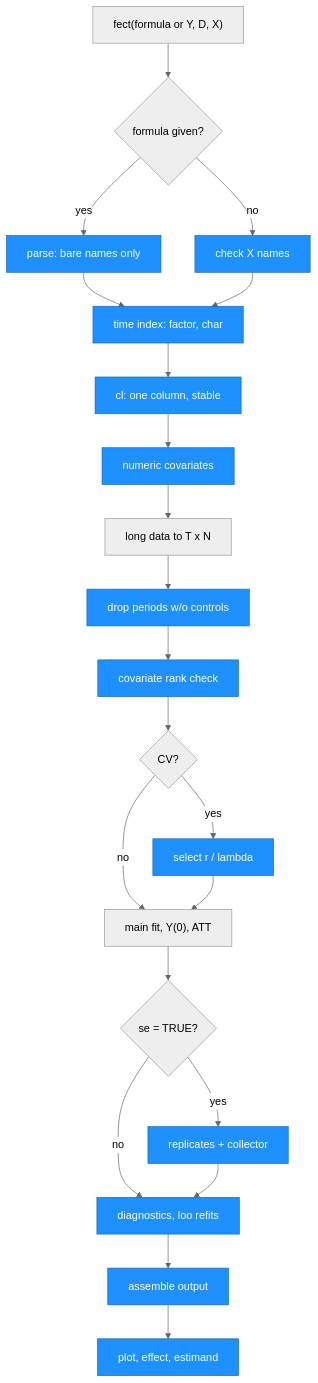
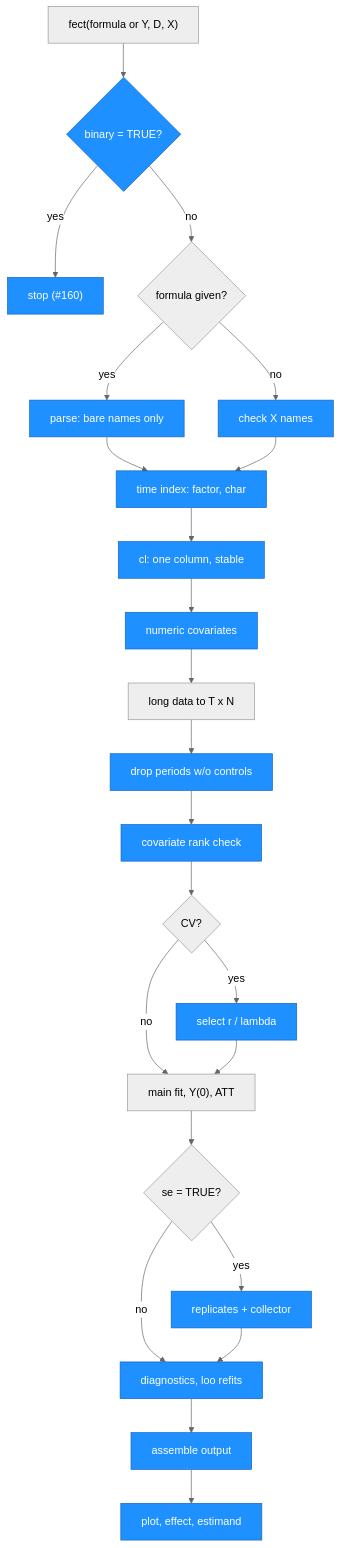
One commit to xuyiqing/fect changed the sixth of 6 diagrams in ARCHITECTURE.md. Above: the diagram before and after it, drawn with Mermaid. The commit also changed other lines of this file and 1 other file, not shown here.

First line of the commit message:
docs: NEWS and ARCHITECTURE.md for fect #152-#161 and #163

````diff
--- a/ARCHITECTURE.md
+++ b/ARCHITECTURE.md
@@ -465,56 +507,62 @@
 ```mermaid
 %%{init: {'theme': 'neutral'}}%%
 graph TD
     IN["fect(formula or Y, D, X)"]
+    BQ{"binary = TRUE?"}
+    BS["stop (#160)"]
     FQ{"formula given?"}
     PF["parse: bare names only"]
     PX["check X names"]
     TI["time index: factor, char"]
     CL["cl: one column, stable"]
     NC["numeric covariates"]
     MX["long data to T x N"]
     DP["drop periods w/o controls"]
     RK["covariate rank check"]
     CQ{"CV?"}
     CVB["select r / lambda"]
     FIT["main fit, Y(0), ATT"]
     SQ{"se = TRUE?"}
     BOOT["replicates + collector"]
     DG["diagnostics, loo refits"]
     AS["assemble output"]
     PH["plot, effect, estimand"]
 
-    IN --> FQ
+    IN --> BQ
+    BQ -- yes --> BS
+    BQ -- no --> FQ
     FQ -- yes --> PF
     FQ -- no --> PX
     PF --> TI
     PX --> TI
     TI --> CL
     CL --> NC
     NC --> MX
     MX --> DP
     DP --> RK
     RK --> CQ
     CQ -- yes --> CVB
     CQ -- no --> FIT
     CVB --> FIT
     FIT --> SQ
     SQ -- yes --> BOOT
     SQ -- no --> DG
     BOOT --> DG
     DG --> AS
     AS --> PH
 
+    style BQ fill:#1e90ff,stroke:#1565c0,color:#fff
+    style BS fill:#1e90ff,stroke:#1565c0,color:#fff
     style PF fill:#1e90ff,stroke:#1565c0,color:#fff
     style PX fill:#1e90ff,stroke:#1565c0,color:#fff
     style TI fill:#1e90ff,stroke:#1565c0,color:#fff
     style CL fill:#1e90ff,stroke:#1565c0,color:#fff
     style NC fill:#1e90ff,stroke:#1565c0,color:#fff
     style DP fill:#1e90ff,stroke:#1565c0,color:#fff
     style RK fill:#1e90ff,stroke:#1565c0,color:#fff
     style CVB fill:#1e90ff,stroke:#1565c0,color:#fff
     style BOOT fill:#1e90ff,stroke:#1565c0,color:#fff
     style DG fill:#1e90ff,stroke:#1565c0,color:#fff
     style AS fill:#1e90ff,stroke:#1565c0,color:#fff
     style PH fill:#1e90ff,stroke:#1565c0,color:#fff
 ```
````
